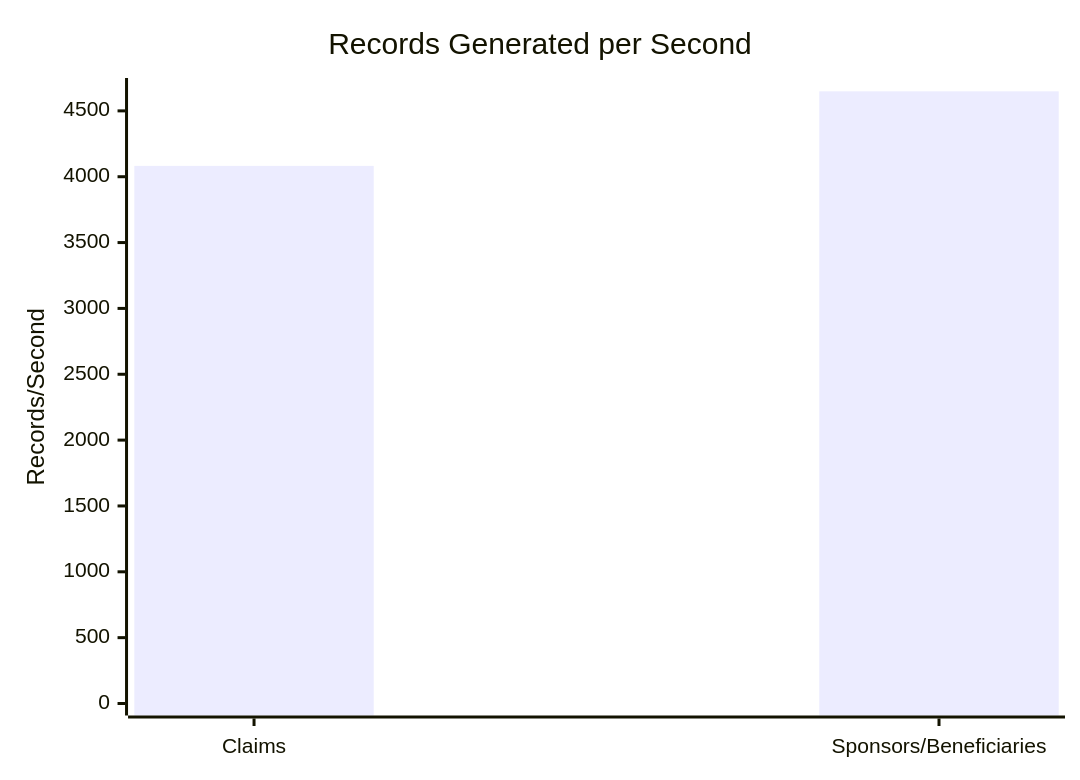
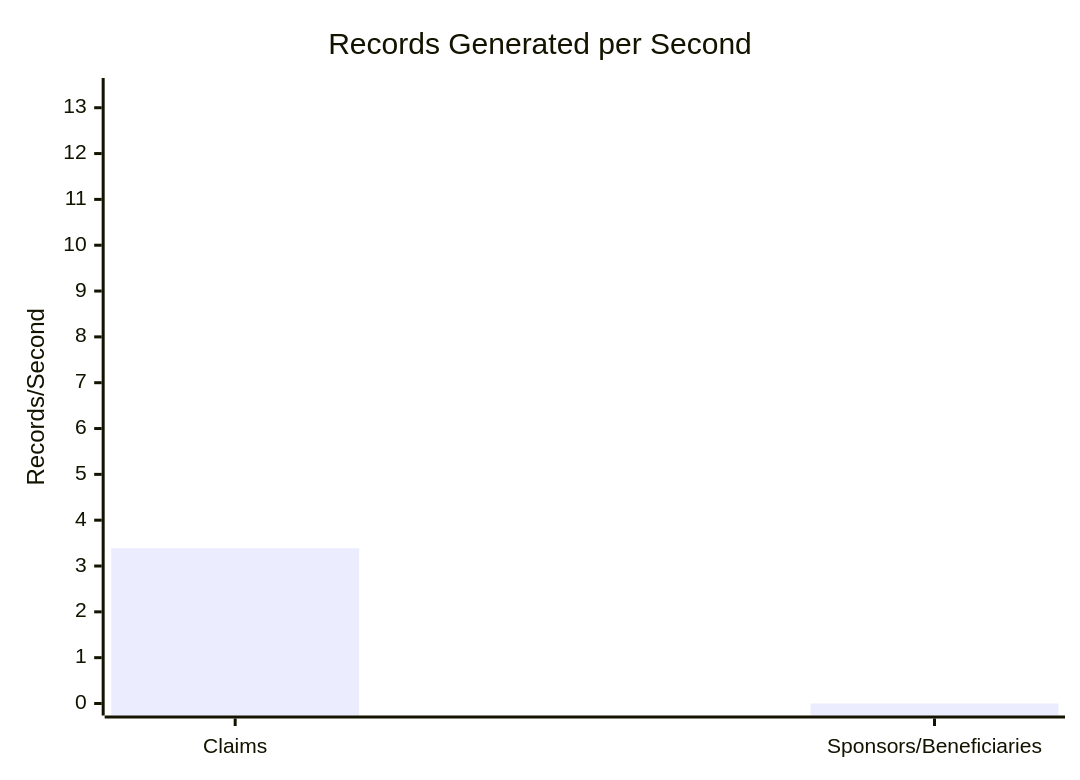
Before and after one commit to dhagan-va/intern-2025: the first of 11 diagrams in test-tools/DataGen/src/Statistics_Visualizer.md, drawn with Mermaid. The commit also changed other lines of this file and 1 other file, not shown here.

````diff
--- a/test-tools/DataGen/src/Statistics_Visualizer.md
+++ b/test-tools/DataGen/src/Statistics_Visualizer.md
@@ -18,7 +18,7 @@
 ```mermaid
 xychart-beta
     title "Records Generated per Second"
     x-axis ["Claims", "Sponsors/Beneficiaries"]
-    y-axis "Records/Second" 0 --> 4658.492402203366
-    bar [4082.3711381886405, 4648.492402203366]
+    y-axis "Records/Second" 0 --> 13.387065744300923
+    bar [3.387065744300923, 0.0]
 ```
````
